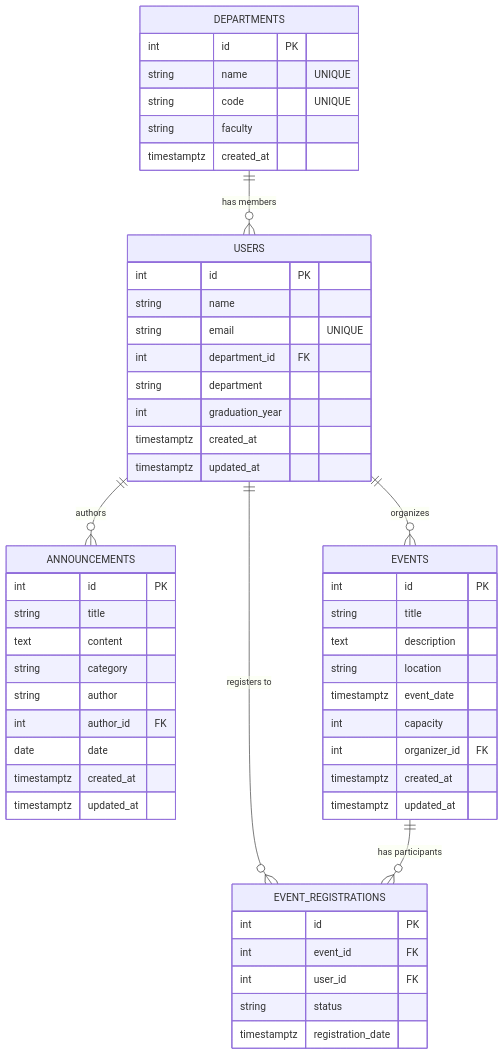
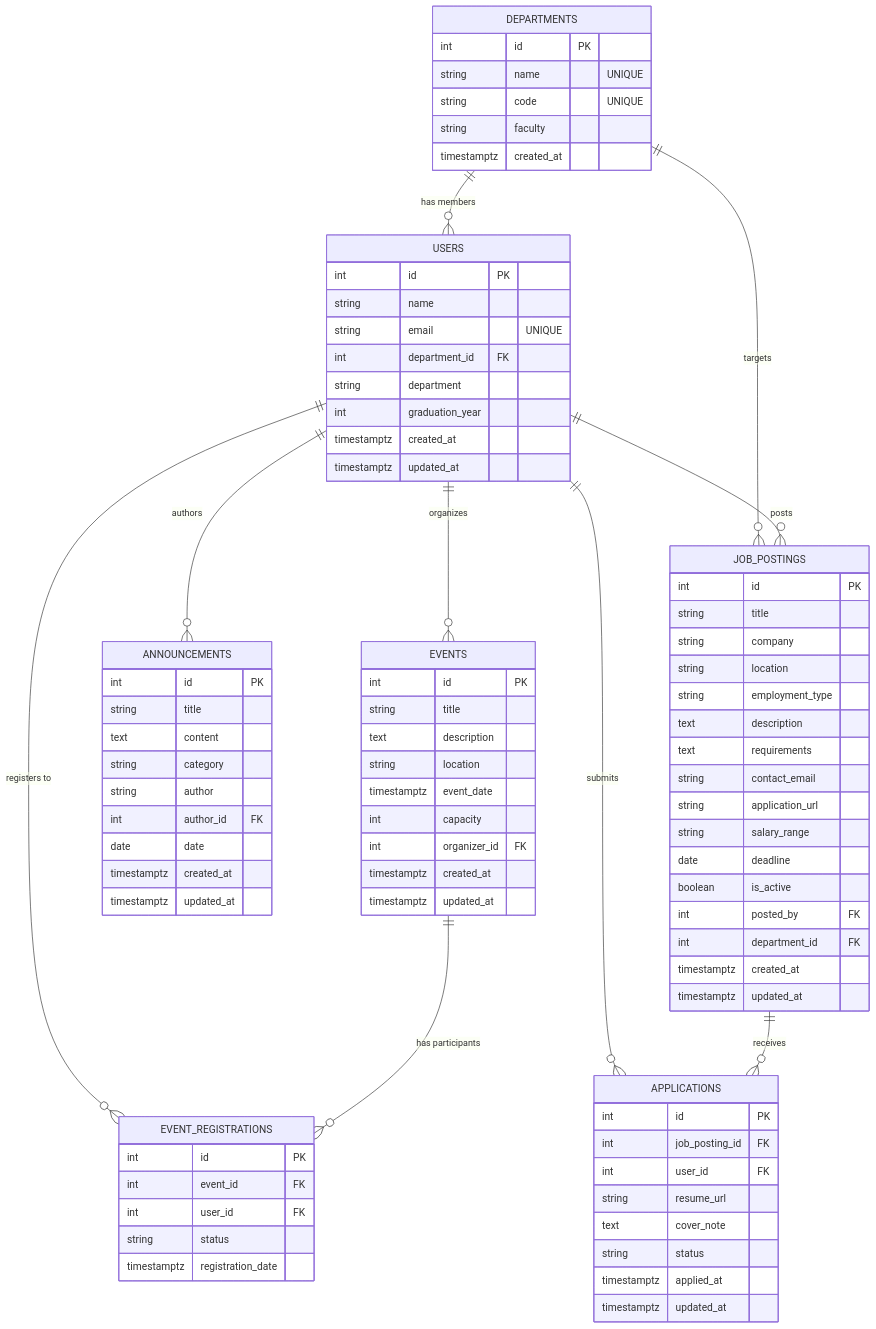
One commit to emely022/alumni changed the diagram in ddd.md. Above: the diagram before and after it, drawn with Mermaid. The commit also changed other lines of this file and 35 other files, not shown here.

Commit message:
feat: add job_postings and applications migrations, models, API and web UI

````diff
--- a/ddd.md
+++ b/ddd.md
@@ -134,10 +201,14 @@
 ```mermaid
 erDiagram
     DEPARTMENTS ||--o{ USERS : "has members"
+    DEPARTMENTS ||--o{ JOB_POSTINGS : "targets"
     USERS ||--o{ ANNOUNCEMENTS : "authors"
     USERS ||--o{ EVENTS : "organizes"
     USERS ||--o{ EVENT_REGISTRATIONS : "registers to"
+    USERS ||--o{ JOB_POSTINGS : "posts"
+    USERS ||--o{ APPLICATIONS : "submits"
     EVENTS ||--o{ EVENT_REGISTRATIONS : "has participants"
+    JOB_POSTINGS ||--o{ APPLICATIONS : "receives"
 
     DEPARTMENTS {
         int id PK
@@ -189,4 +260,34 @@
         string status
         timestamptz registration_date
     }
+
+    JOB_POSTINGS {
+        int id PK
+        string title
+        string company
+        string location
+        string employment_type
+        text description
+        text requirements
+        string contact_email
+        string application_url
+        string salary_range
+        date deadline
+        boolean is_active
+        int posted_by FK
+        int department_id FK
+        timestamptz created_at
+        timestamptz updated_at
+    }
+
+    APPLICATIONS {
+        int id PK
+        int job_posting_id FK
+        int user_id FK
+        string resume_url
+        text cover_note
+        string status
+        timestamptz applied_at
+        timestamptz updated_at
+    }
 ```
````
